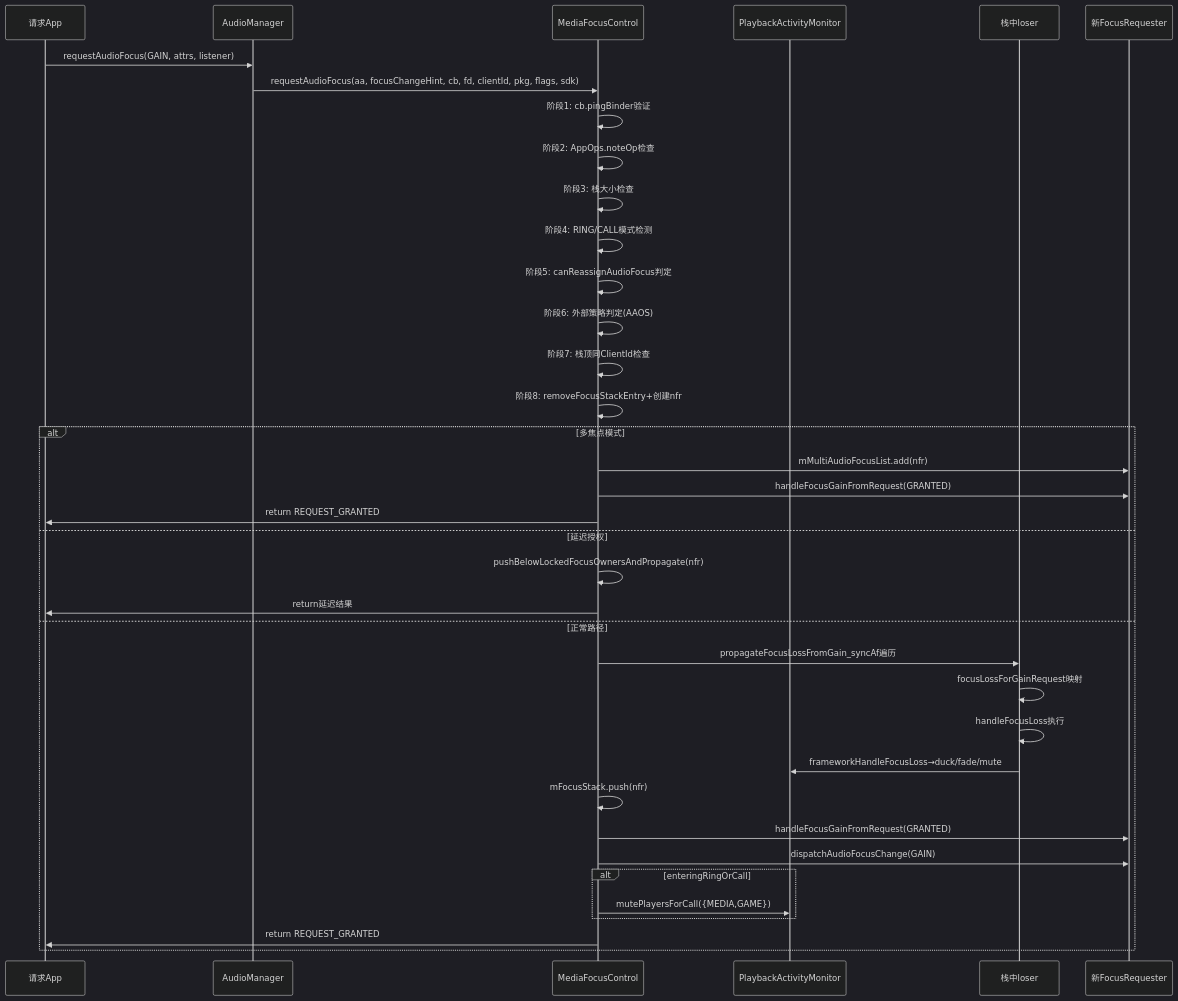
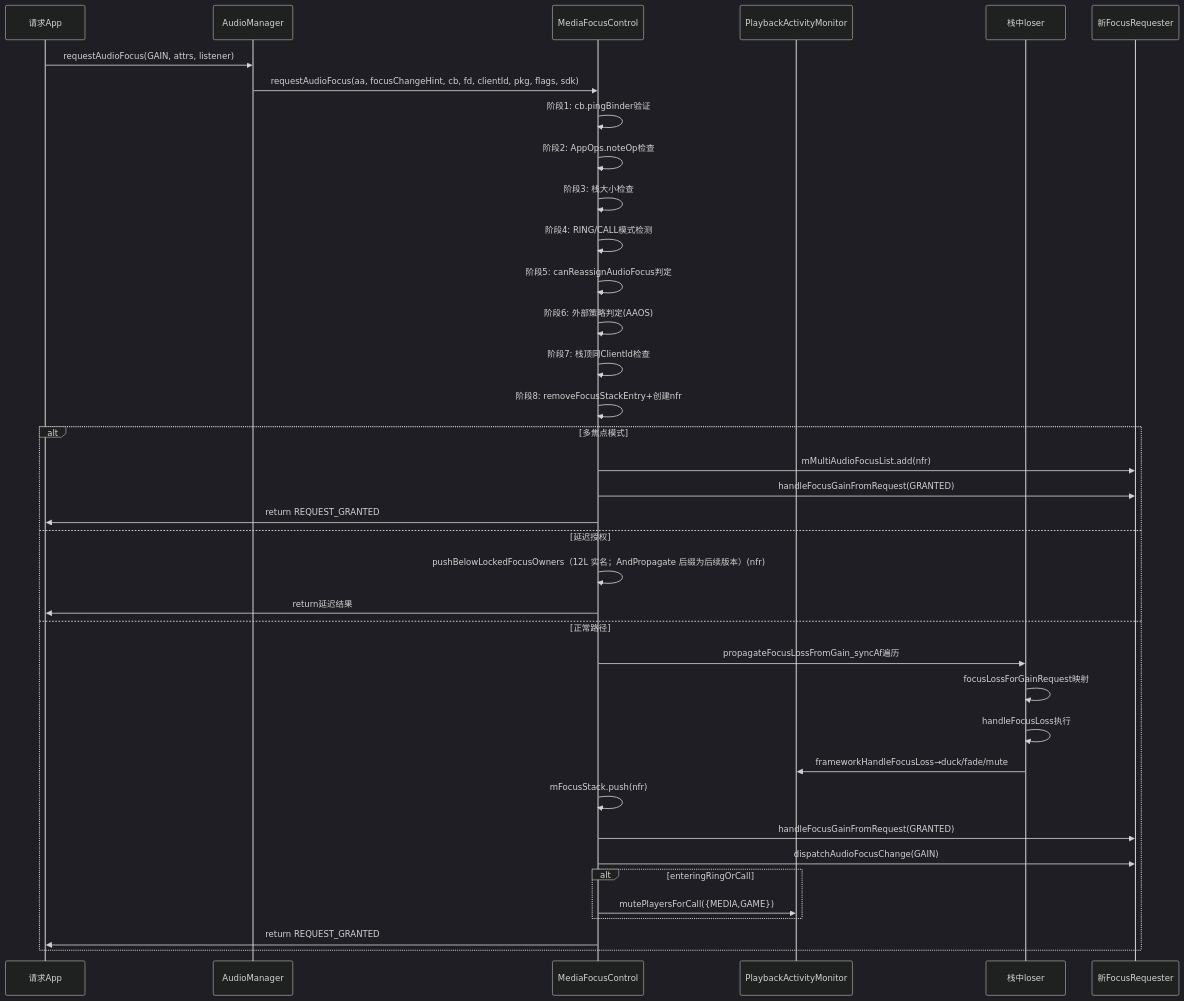
Before and after one commit to yanglinzhen1022/SA8295_AAOS_QNX_Audio_KnowledgeBase: the second of 3 diagrams in 12_Audio_Focus_Deep_Dive/12_12.3_requestAudioFocus完整流程.md, drawn with Mermaid (dark theme). The commit also changed other lines of this file and 58 other files, not shown here.

````diff
--- a/12_Audio_Focus_Deep_Dive/12_12.3_requestAudioFocus完整流程.md
+++ b/12_Audio_Focus_Deep_Dive/12_12.3_requestAudioFocus完整流程.md
@@ -302,41 +302,41 @@
 ```mermaid
 sequenceDiagram
     participant App as 请求App
     participant AM as AudioManager
     participant MFC as MediaFocusControl
     participant PAM as PlaybackActivityMonitor
     participant LOSER as 栈中loser
     participant NFR as 新FocusRequester
 
     App->>AM: requestAudioFocus(GAIN, attrs, listener)
     AM->>MFC: requestAudioFocus(aa, focusChangeHint, cb, fd, clientId, pkg, flags, sdk)
     MFC->>MFC: 阶段1: cb.pingBinder验证
     MFC->>MFC: 阶段2: AppOps.noteOp检查
     MFC->>MFC: 阶段3: 栈大小检查
     MFC->>MFC: 阶段4: RING/CALL模式检测
     MFC->>MFC: 阶段5: canReassignAudioFocus判定
     MFC->>MFC: 阶段6: 外部策略判定(AAOS)
     MFC->>MFC: 阶段7: 栈顶同ClientId检查
     MFC->>MFC: 阶段8: removeFocusStackEntry+创建nfr
 
     alt 多焦点模式
         MFC->>NFR: mMultiAudioFocusList.add(nfr)
         MFC->>NFR: handleFocusGainFromRequest(GRANTED)
         MFC->>App: return REQUEST_GRANTED
     else 延迟授权
-        MFC->>MFC: pushBelowLockedFocusOwnersAndPropagate(nfr)
+        MFC->>MFC: pushBelowLockedFocusOwners（12L 实名；AndPropagate 后缀为后续版本）(nfr)
         MFC->>App: return延迟结果
     else 正常路径
         MFC->>LOSER: propagateFocusLossFromGain_syncAf遍历
         LOSER->>LOSER: focusLossForGainRequest映射
         LOSER->>LOSER: handleFocusLoss执行
         LOSER->>PAM: frameworkHandleFocusLoss→duck/fade/mute
         MFC->>MFC: mFocusStack.push(nfr)
         MFC->>NFR: handleFocusGainFromRequest(GRANTED)
         MFC->>NFR: dispatchAudioFocusChange(GAIN)
         alt enteringRingOrCall
             MFC->>PAM: mutePlayersForCall({MEDIA,GAME})
         end
         MFC->>App: return REQUEST_GRANTED
     end
 ```
````
